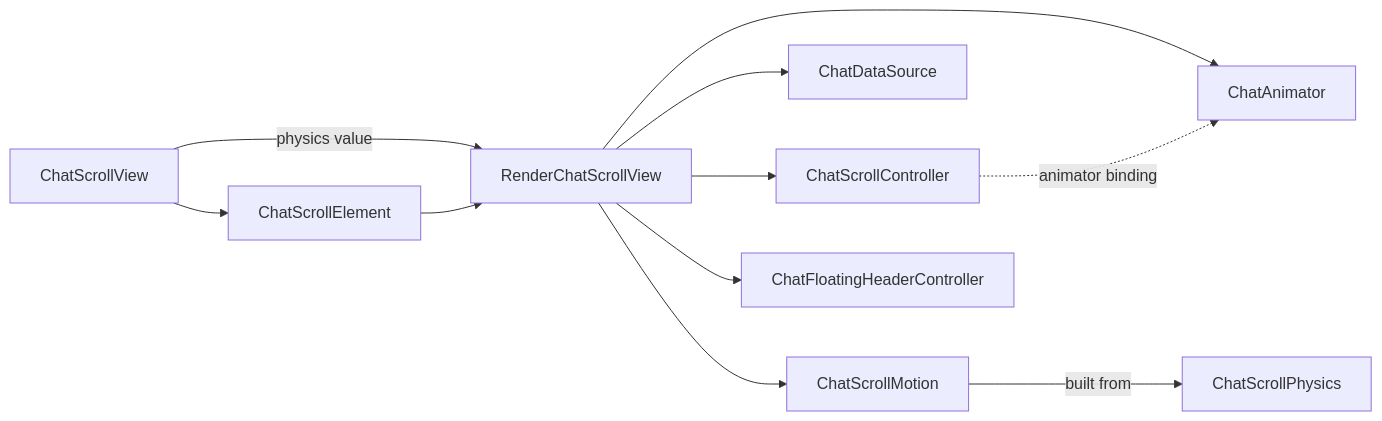
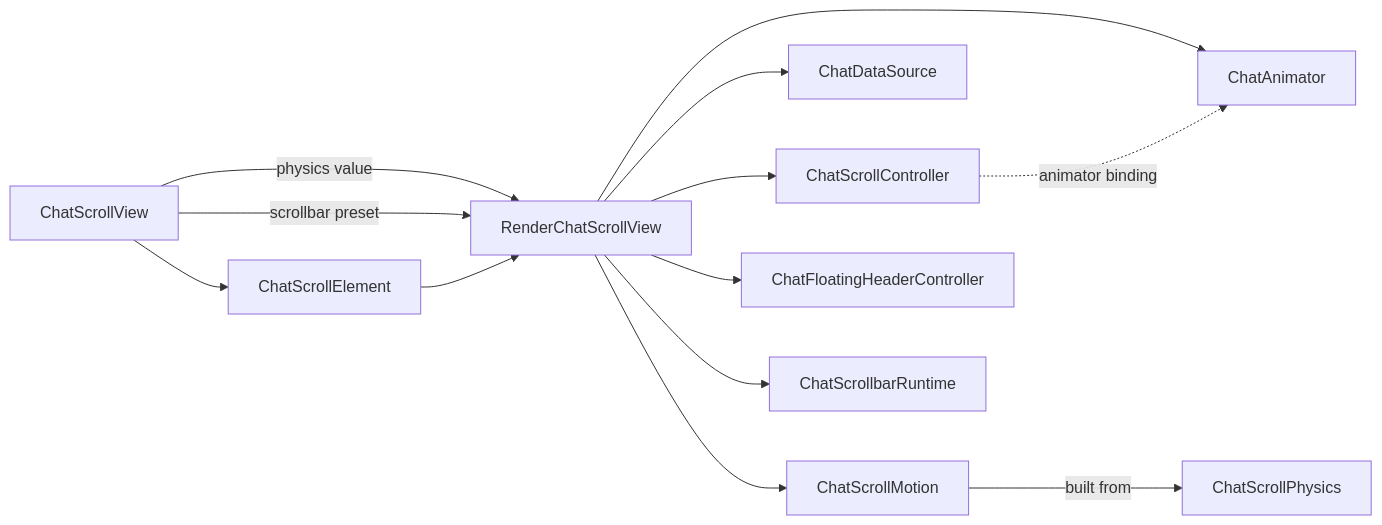
Before and after one commit to itsezlife/chat_scroll_view: the diagram in docs/architecture/03-layers.md, drawn with Mermaid. The commit also changed other lines of this file and 31 other files, not shown here.

````diff
--- a/docs/architecture/03-layers.md
+++ b/docs/architecture/03-layers.md
@@ -37,23 +42,26 @@
 ```mermaid
 flowchart LR
   Widget[ChatScrollView]
   Element[ChatScrollElement]
   Render[RenderChatScrollView]
   Ctrl[ChatScrollController]
   DS[ChatDataSource]
   Anim[ChatAnimator]
   Phys[ChatScrollPhysics]
   Motion[ChatScrollMotion]
   FH[ChatFloatingHeaderController]
+  Bar[ChatScrollbarRuntime]
 
   Widget --> Element
   Widget -->|physics value| Render
+  Widget -->|scrollbar preset| Render
+  Render --> Bar
   Element --> Render
   Render --> Ctrl
   Render --> DS
   Render --> Anim
   Render --> Motion
   Motion -->|built from| Phys
   Render --> FH
   Ctrl -.->|animator binding| Anim
 ```
````
